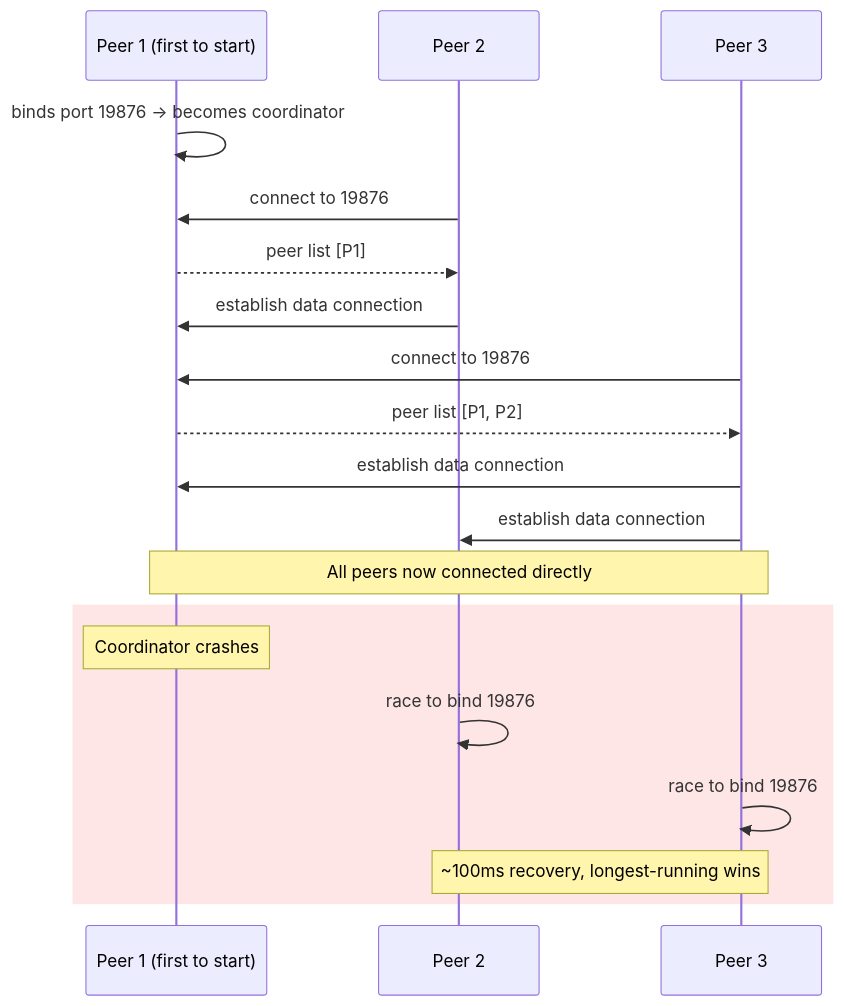
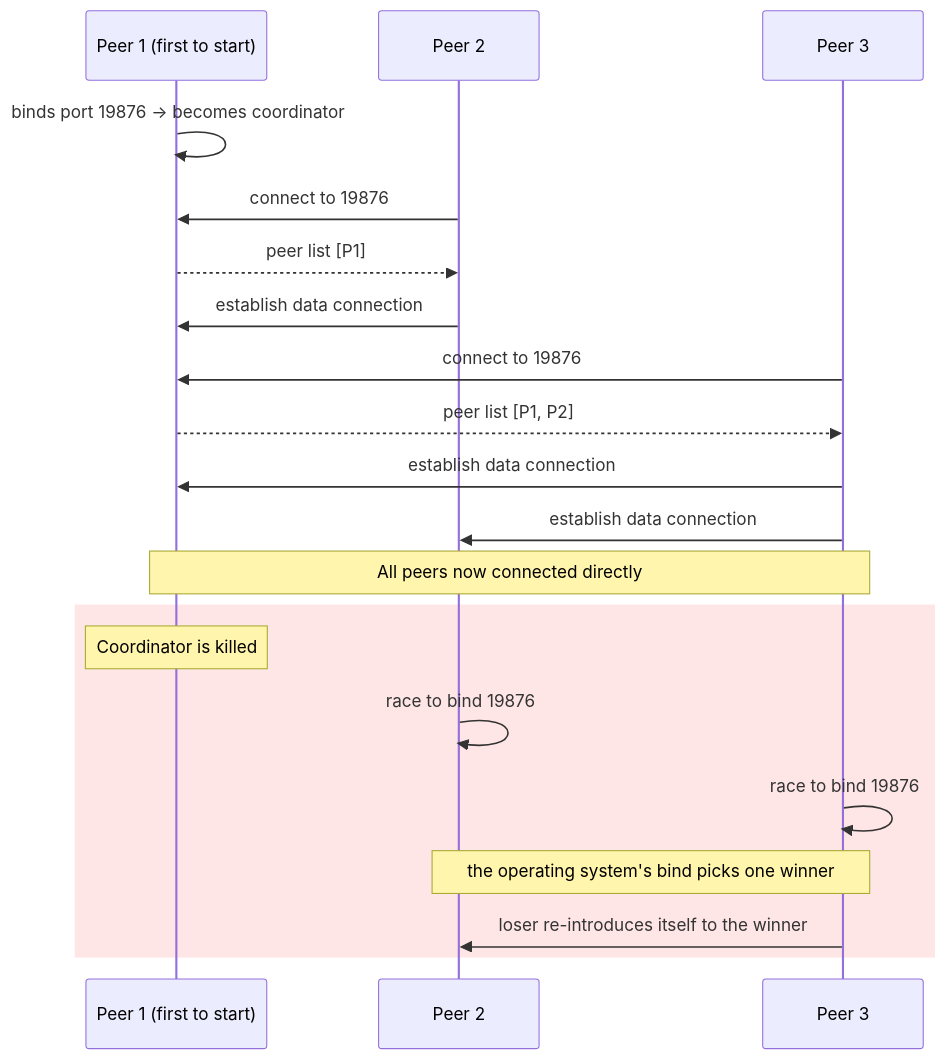
One commit to ExaDev/agent-comms changed the second of 4 diagrams in README.md. Above: the diagram before and after it, drawn with Mermaid. The commit also changed other lines of this file, not shown here.

First line of the commit message:
docs: describe what actually happens when the coordinator goes away

````diff
--- a/README.md
+++ b/README.md
@@ -41,21 +41,22 @@
 ```mermaid
 sequenceDiagram
     participant P1 as Peer 1 (first to start)
     participant P2 as Peer 2
     participant P3 as Peer 3
     P1->>P1: binds port 19876 → becomes coordinator
     P2->>P1: connect to 19876
     P1-->>P2: peer list [P1]
     P2->>P1: establish data connection
     P3->>P1: connect to 19876
     P1-->>P3: peer list [P1, P2]
     P3->>P1: establish data connection
     P3->>P2: establish data connection
     Note over P1,P3: All peers now connected directly
     rect rgb(255, 230, 230)
-        Note over P1: Coordinator crashes
+        Note over P1: Coordinator is killed
         P2->>P2: race to bind 19876
         P3->>P3: race to bind 19876
-        Note over P2,P3: ~100ms recovery, longest-running wins
+        Note over P2,P3: the operating system's bind picks one winner
+        P3->>P2: loser re-introduces itself to the winner
     end
 ```
````
